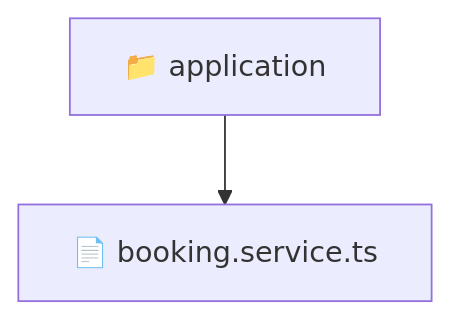
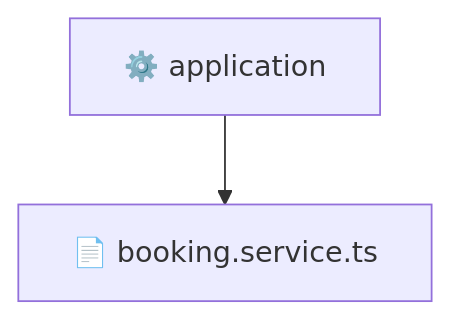
The diagram in backend/src/modules/booking/application/README.md (beginwebdev2002/fullstack-mavluda), drawn with Mermaid before and after one commit. The commit also changed other lines of this file and 165 other files, not shown here.

First line of the commit message:
docs: generate localized architectural READMEs

````diff
--- a/backend/src/modules/booking/application/README.md
+++ b/backend/src/modules/booking/application/README.md
@@ -10,5 +11,5 @@
 ```mermaid
 graph TD
-  Root["📁 application"]
-  Root --> bookingservicets["📄 booking.service.ts"]
+  application["⚙️ application"]
+  application --> booking_service_ts["📄 booking.service.ts"]
 ```
````
